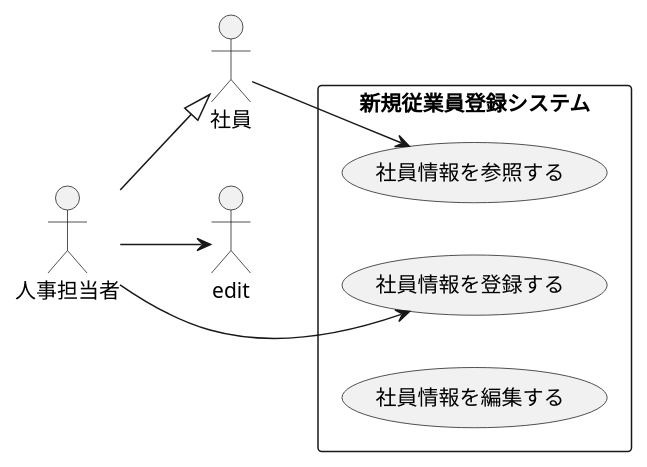
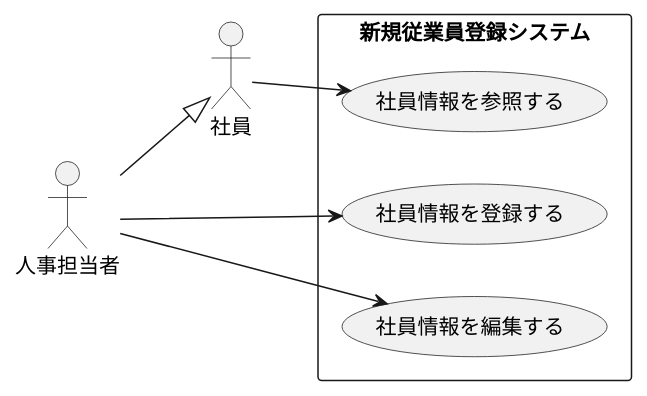
One commit to s-takaki22/uml-introduction changed the diagram in 演習2-6_盛岡システム_従業員登録システム.pu. Above: the diagram before and after it, drawn with PlantUML.

```diff
--- a/演習2-6_盛岡システム_従業員登録システム.pu
+++ b/演習2-6_盛岡システム_従業員登録システム.pu
@@ -1,14 +1,14 @@
 @startuml
 left to right direction
 actor 社員
 actor 人事担当者
 rectangle 新規従業員登録システム{
 usecase 社員情報を登録する
 usecase 社員情報を参照する
 usecase 社員情報を編集する
 }
 人事担当者 --|> 社員
 社員 --> 社員情報を参照する
 人事担当者 --> 社員情報を登録する
-人事担当者 --> edit
+人事担当者 --> 社員情報を編集する
 @enduml
```
